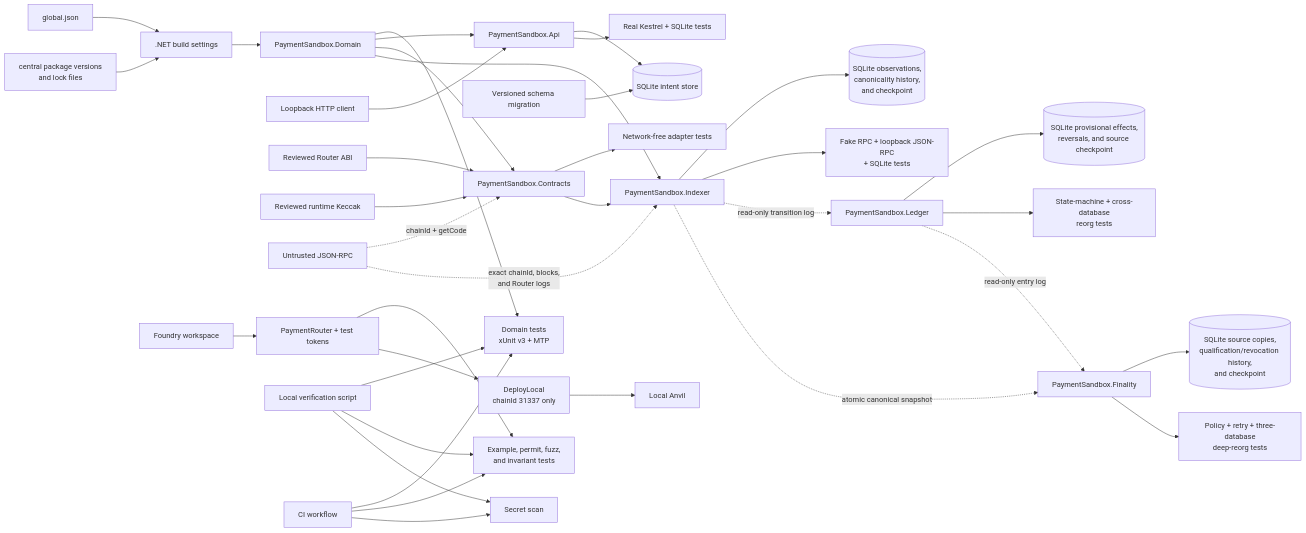
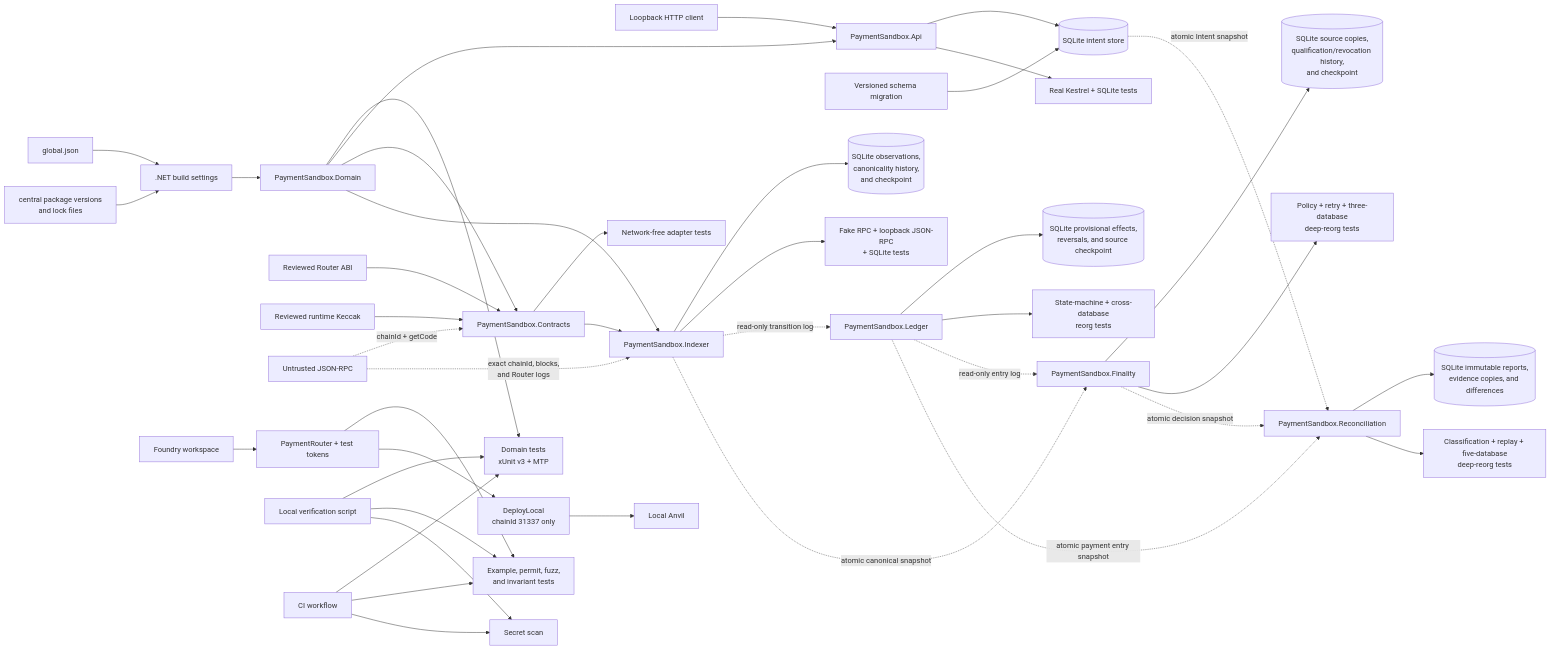
Before and after one commit to xiaocaiisxiaocai/dotnet-evm-payment-sandbox: the first of 2 diagrams in docs/architecture.md, drawn with Mermaid. The commit also changed other lines of this file and 41 other files, not shown here.

Commit message:
Add Week 12 payment reconciliation

````diff
--- a/docs/architecture.md
+++ b/docs/architecture.md
@@ -14,41 +14,46 @@
 ```mermaid
 flowchart LR
     SDK[global.json] --> Build[.NET build settings]
     Packages[central package versions<br/>and lock files] --> Build
     Build --> Domain[PaymentSandbox.Domain]
     Domain --> DomainTests[Domain tests<br/>xUnit v3 + MTP]
     Domain --> API[PaymentSandbox.Api]
     Client[Loopback HTTP client] --> API
     API --> SQLite[(SQLite intent store)]
     Migration[Versioned schema migration] --> SQLite
     API --> APITests[Real Kestrel + SQLite tests]
     Domain --> Contracts[PaymentSandbox.Contracts]
     ABI[Reviewed Router ABI] --> Contracts
     Baseline[Reviewed runtime Keccak] --> Contracts
     RPC[Untrusted JSON-RPC] -. chainId + getCode .-> Contracts
     Contracts --> ContractAdapterTests[Network-free adapter tests]
     Domain --> Indexer[PaymentSandbox.Indexer]
     Contracts --> Indexer
     RPC -. exact chainId, blocks,<br/>and Router logs .-> Indexer
     Indexer --> ObservationDb[(SQLite observations,<br/>canonicality history,<br/>and checkpoint)]
     Indexer --> IndexerTests[Fake RPC + loopback JSON-RPC<br/>+ SQLite tests]
     Indexer -. read-only transition log .-> Ledger[PaymentSandbox.Ledger]
     Ledger --> LedgerDb[(SQLite provisional effects,<br/>reversals, and source checkpoint)]
     Ledger --> LedgerTests[State-machine + cross-database<br/>reorg tests]
     Indexer -. atomic canonical snapshot .-> Finality[PaymentSandbox.Finality]
     Ledger -. read-only entry log .-> Finality
     Finality --> FinalityDb[(SQLite source copies,<br/>qualification/revocation history,<br/>and checkpoint)]
     Finality --> FinalityTests[Policy + retry + three-database<br/>deep-reorg tests]
+    SQLite -. atomic Intent snapshot .-> Reconcile[PaymentSandbox.Reconciliation]
+    Ledger -. atomic payment entry snapshot .-> Reconcile
+    Finality -. atomic decision snapshot .-> Reconcile
+    Reconcile --> ReconcileDb[(SQLite immutable reports,<br/>evidence copies, and differences)]
+    Reconcile --> ReconcileTests[Classification + replay + five-database<br/>deep-reorg tests]
 
     Foundry[Foundry workspace] --> Router[PaymentRouter + test tokens]
     Router --> ContractChecks[Example, permit, fuzz,<br/>and invariant tests]
     Router --> Deploy[DeployLocal<br/>chainId 31337 only]
     Deploy --> Anvil[Local Anvil]
 
     Verify[Local verification script] --> DomainTests
     Verify --> ContractChecks
     Verify --> SecretScan[Secret scan]
     CI[CI workflow] --> DomainTests
     CI --> ContractChecks
     CI --> SecretScan
 ```
````
